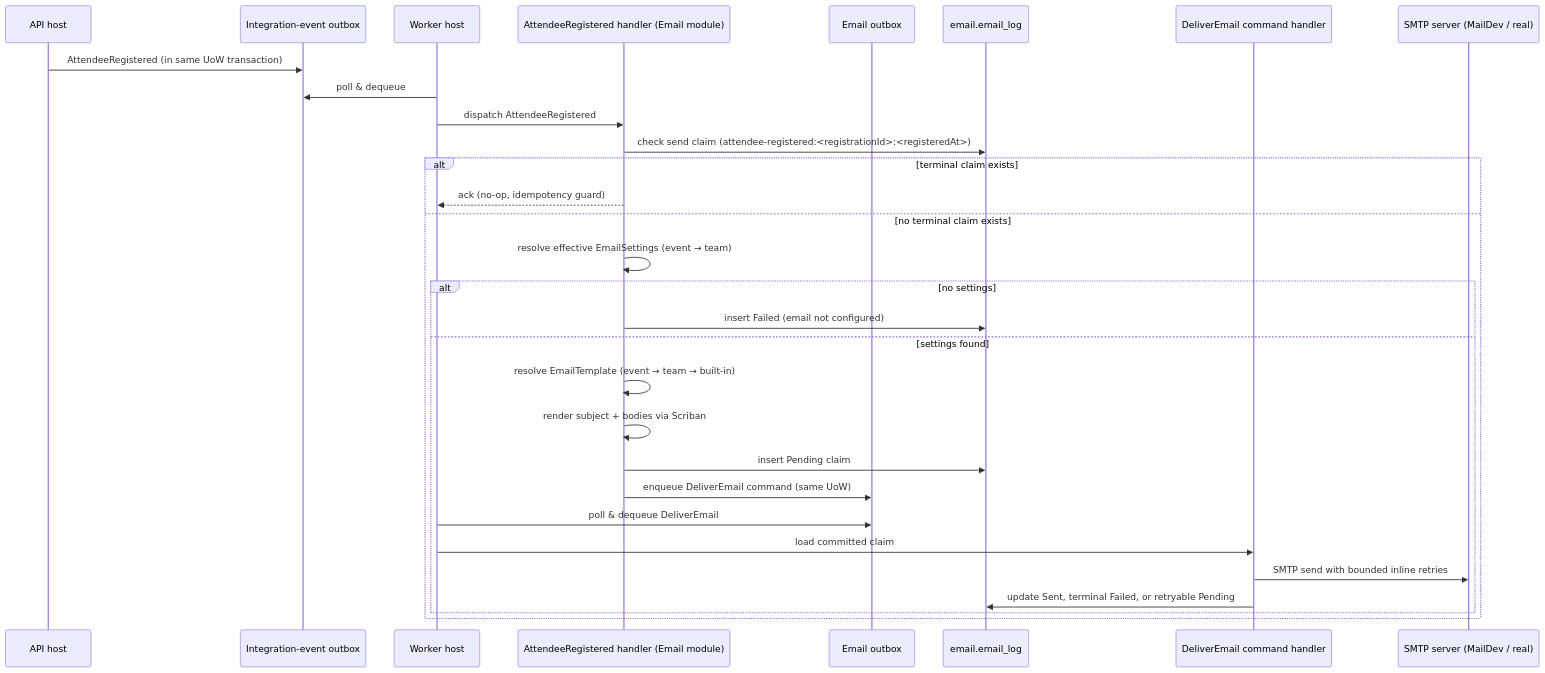
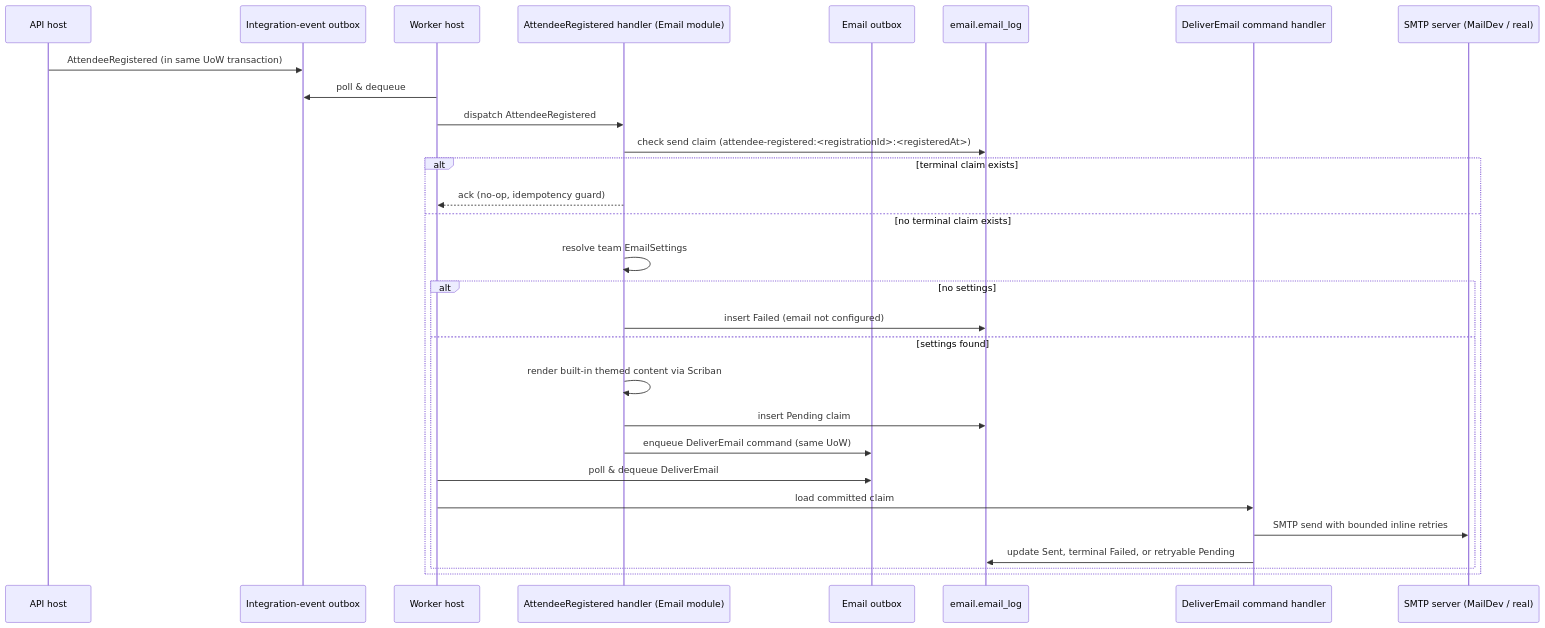
The seventh of 11 diagrams in docs/arc42/06-runtime-view.md (amolenk/Admitto), drawn with Mermaid before and after one commit. The commit also changed other lines of this file and 167 other files, not shown here.

````diff
--- a/docs/arc42/06-runtime-view.md
+++ b/docs/arc42/06-runtime-view.md
@@ -196,33 +196,32 @@
 ```mermaid
 sequenceDiagram
     participant Api as API host
     participant Outbox as Integration-event outbox
     participant Worker as Worker host
     participant EmailHandler as AttendeeRegistered handler (Email module)
     participant EmailOutbox as Email outbox
     participant EmailLog as email.email_log
     participant Delivery as DeliverEmail command handler
     participant SMTP as SMTP server (MailDev / real)
 
     Api->>Outbox: AttendeeRegistered (in same UoW transaction)
     Worker->>Outbox: poll & dequeue
     Worker->>EmailHandler: dispatch AttendeeRegistered
     EmailHandler->>EmailLog: check send claim (attendee-registered:<registrationId>:<registeredAt>)
     alt terminal claim exists
         EmailHandler-->>Worker: ack (no-op, idempotency guard)
     else no terminal claim exists
-        EmailHandler->>EmailHandler: resolve effective EmailSettings (event → team)
+        EmailHandler->>EmailHandler: resolve team EmailSettings
         alt no settings
             EmailHandler->>EmailLog: insert Failed (email not configured)
         else settings found
-            EmailHandler->>EmailHandler: resolve EmailTemplate (event → team → built-in)
-            EmailHandler->>EmailHandler: render subject + bodies via Scriban
+            EmailHandler->>EmailHandler: render built-in themed content via Scriban
             EmailHandler->>EmailLog: insert Pending claim
             EmailHandler->>EmailOutbox: enqueue DeliverEmail command (same UoW)
             Worker->>EmailOutbox: poll & dequeue DeliverEmail
             Worker->>Delivery: load committed claim
             Delivery->>SMTP: SMTP send with bounded inline retries
             Delivery->>EmailLog: update Sent, terminal Failed, or retryable Pending
         end
     end
 ```
````
